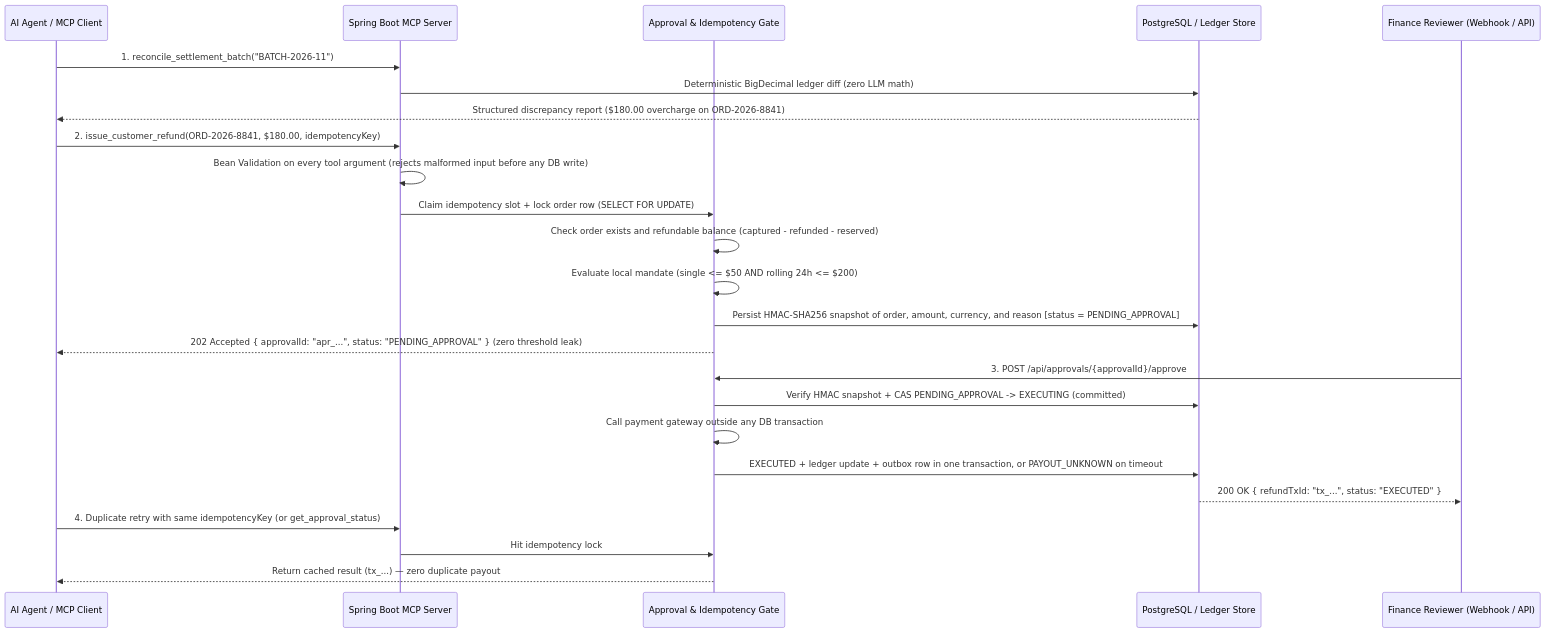
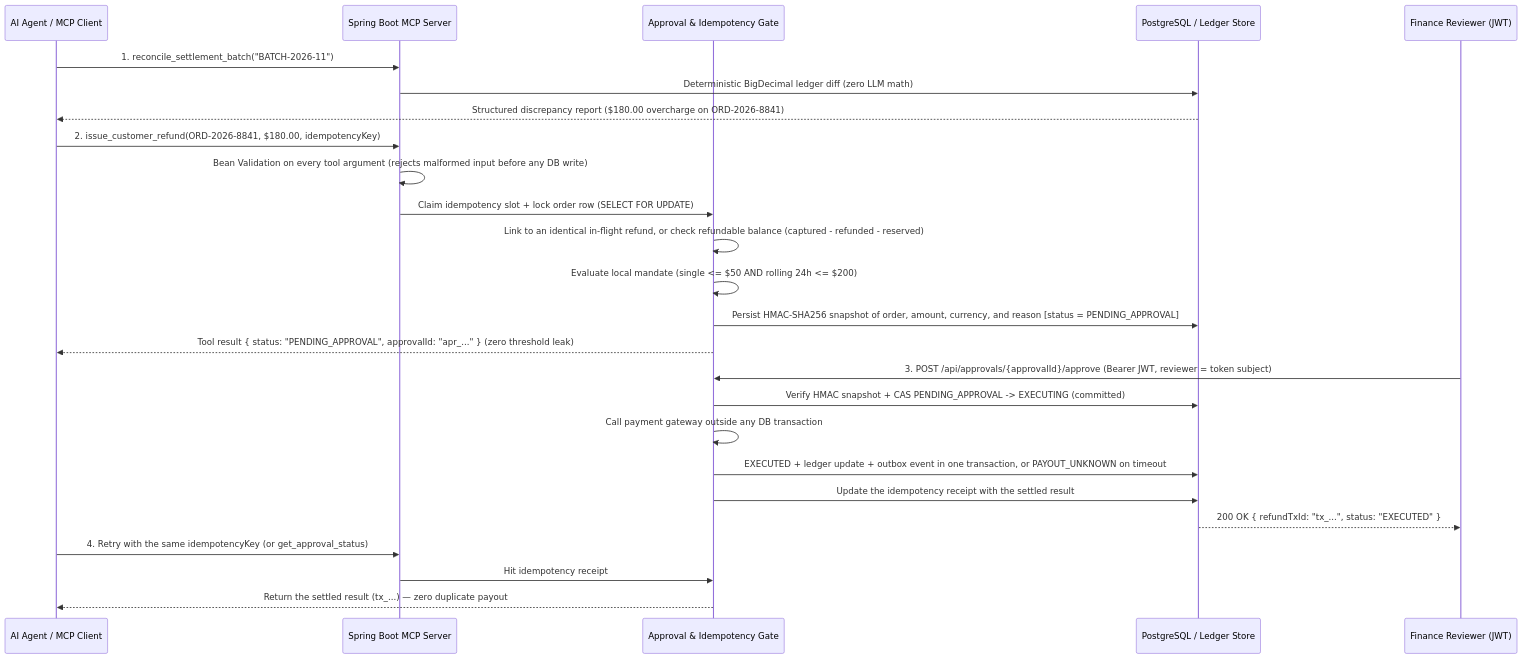
The first of 2 diagrams in README.md (yfggg/spring-mcp-settlement-guard), drawn with Mermaid before and after one commit. The commit also changed other lines of this file and 31 other files, not shown here.

Commit message:
JWT reviewer auth, four-eyes payout resolution with gateway lookup, durable retry links, outbox event ids, demo status codes, pool-safe expiry, CI actions v5

````diff
--- a/README.md
+++ b/README.md
@@ -21,30 +21,31 @@
 ```mermaid
 sequenceDiagram
     participant Agent as AI Agent / MCP Client
     participant MCP as Spring Boot MCP Server
     participant Guard as Approval & Idempotency Gate
     participant DB as PostgreSQL / Ledger Store
-    participant Human as Finance Reviewer (Webhook / API)
+    participant Human as Finance Reviewer (JWT)
 
     Agent->>MCP: 1. reconcile_settlement_batch("BATCH-2026-11")
     MCP->>DB: Deterministic BigDecimal ledger diff (zero LLM math)
     DB-->>Agent: Structured discrepancy report ($180.00 overcharge on ORD-2026-8841)
 
     Agent->>MCP: 2. issue_customer_refund(ORD-2026-8841, $180.00, idempotencyKey)
     MCP->>MCP: Bean Validation on every tool argument (rejects malformed input before any DB write)
     MCP->>Guard: Claim idempotency slot + lock order row (SELECT FOR UPDATE)
-    Guard->>Guard: Check order exists and refundable balance (captured - refunded - reserved)
+    Guard->>Guard: Link to an identical in-flight refund, or check refundable balance (captured - refunded - reserved)
     Guard->>Guard: Evaluate local mandate (single <= $50 AND rolling 24h <= $200)
     Guard->>DB: Persist HMAC-SHA256 snapshot of order, amount, currency, and reason [status = PENDING_APPROVAL]
-    Guard-->>Agent: 202 Accepted { approvalId: "apr_...", status: "PENDING_APPROVAL" } (zero threshold leak)
+    Guard-->>Agent: Tool result { status: "PENDING_APPROVAL", approvalId: "apr_..." } (zero threshold leak)
 
-    Human->>Guard: 3. POST /api/approvals/{approvalId}/approve
+    Human->>Guard: 3. POST /api/approvals/{approvalId}/approve (Bearer JWT, reviewer = token subject)
     Guard->>DB: Verify HMAC snapshot + CAS PENDING_APPROVAL -> EXECUTING (committed)
     Guard->>Guard: Call payment gateway outside any DB transaction
-    Guard->>DB: EXECUTED + ledger update + outbox row in one transaction, or PAYOUT_UNKNOWN on timeout
+    Guard->>DB: EXECUTED + ledger update + outbox event in one transaction, or PAYOUT_UNKNOWN on timeout
+    Guard->>DB: Update the idempotency receipt with the settled result
     DB-->>Human: 200 OK { refundTxId: "tx_...", status: "EXECUTED" }
 
-    Agent->>MCP: 4. Duplicate retry with same idempotencyKey (or get_approval_status)
-    MCP->>Guard: Hit idempotency lock
-    Guard-->>Agent: Return cached result (tx_...) — zero duplicate payout
+    Agent->>MCP: 4. Retry with the same idempotencyKey (or get_approval_status)
+    MCP->>Guard: Hit idempotency receipt
+    Guard-->>Agent: Return the settled result (tx_...) — zero duplicate payout
 ```
````
